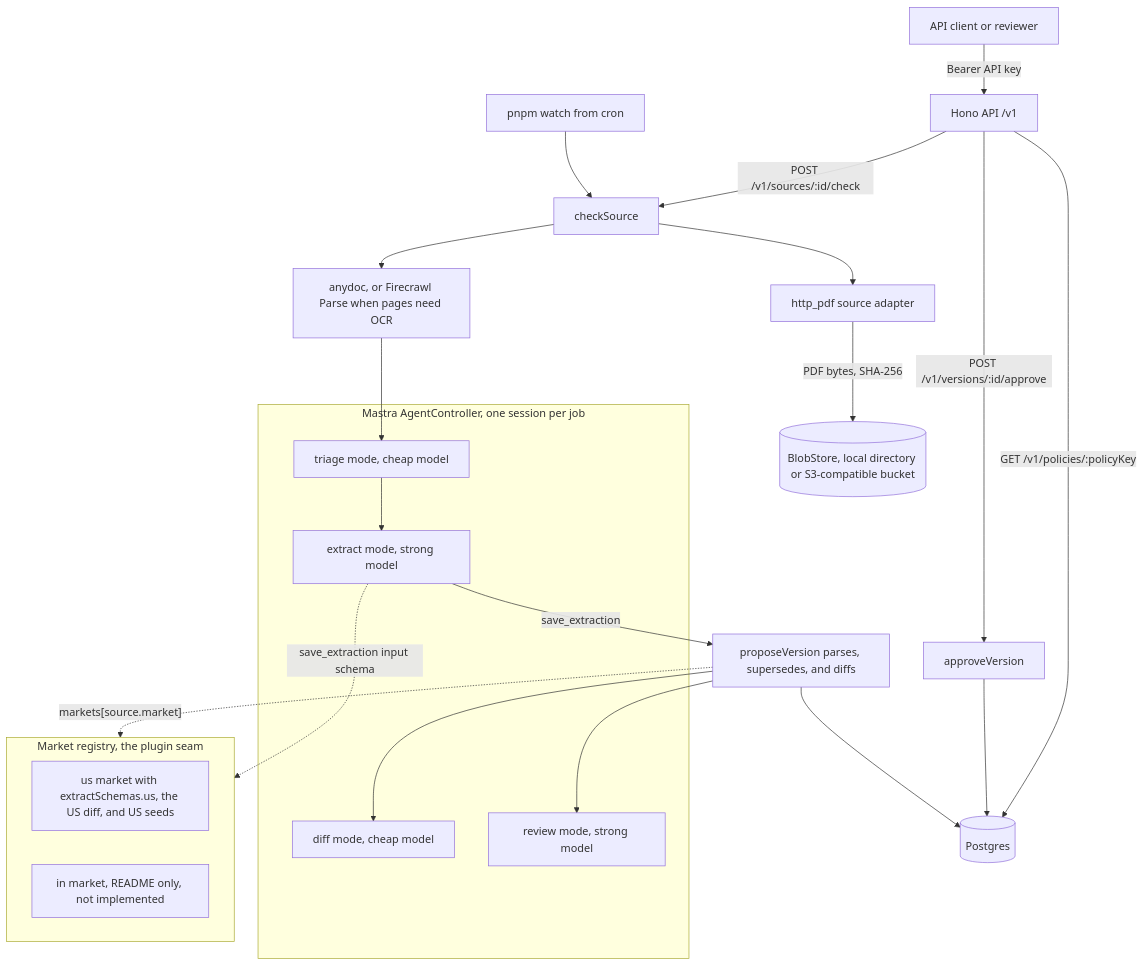
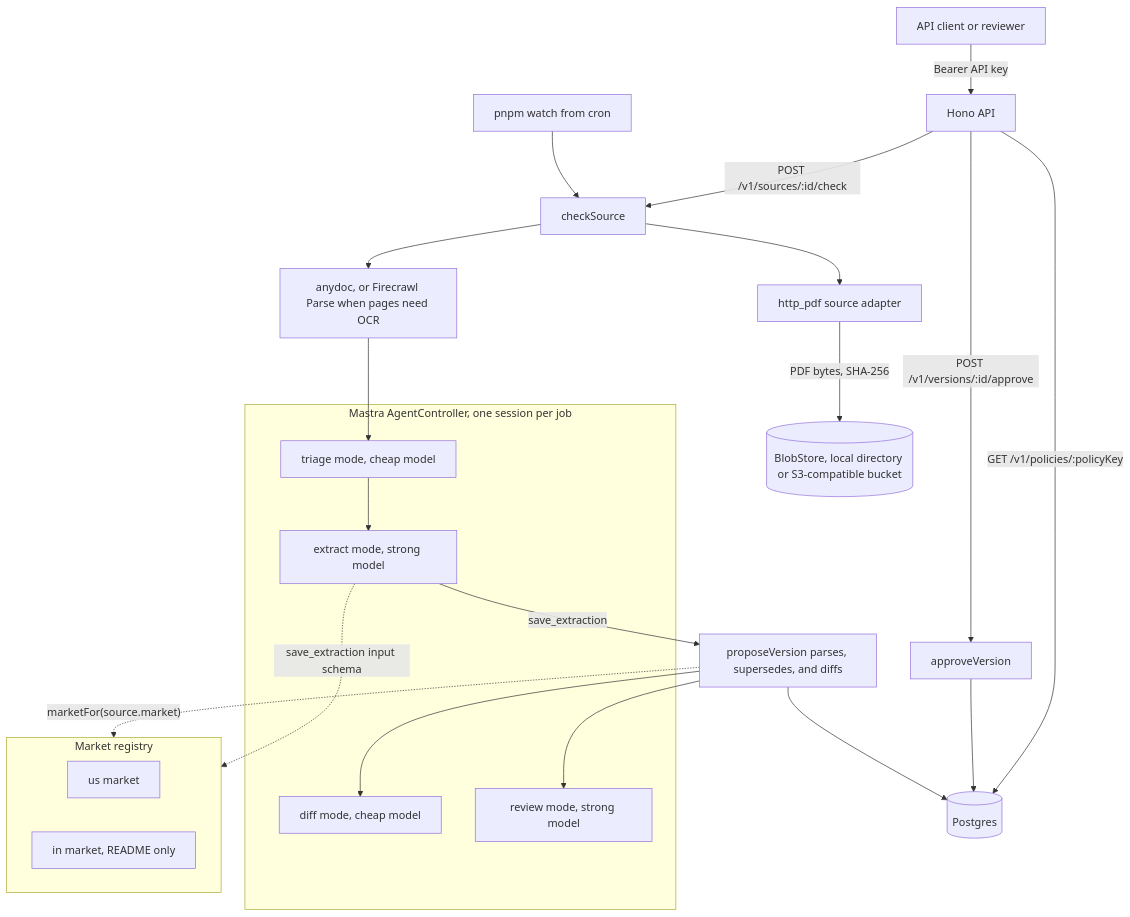
One commit to AmitMirgal/anumat changed the diagram in README.md. Above: the diagram before and after it, drawn with Mermaid. The commit also changed other lines of this file and 180 other files, not shown here.

````diff
--- a/README.md
+++ b/README.md
@@ -59,28 +179,28 @@
 ```mermaid
 flowchart TD
-  client["API client or reviewer"] -->|Bearer API key| api["Hono API /v1"]
+  client["API client or reviewer"] -->|Bearer API key| api["Hono API"]
   cron["pnpm watch from cron"] --> check
   api -->|"POST /v1/sources/:id/check"| check["checkSource"]
   check --> adapter["http_pdf source adapter"]
   adapter -->|"PDF bytes, SHA-256"| blobs[("BlobStore, local directory or S3-compatible bucket")]
   check --> convert["anydoc, or Firecrawl Parse when pages need OCR"]
   convert --> triage
   subgraph agent["Mastra AgentController, one session per job"]
     triage["triage mode, cheap model"] --> extract["extract mode, strong model"]
     diffmode["diff mode, cheap model"]
     reviewmode["review mode, strong model"]
   end
   extract -->|save_extraction| propose["proposeVersion parses, supersedes, and diffs"]
   propose --> db[("Postgres")]
   propose --> diffmode
   propose --> reviewmode
   api -->|"POST /v1/versions/:id/approve"| approve["approveVersion"]
   approve --> db
   api -->|"GET /v1/policies/:policyKey"| db
-  subgraph markets["Market registry, the plugin seam"]
-    us["us market with extractSchemas.us, the US diff, and US seeds"]
-    india["in market, README only, not implemented"]
+  subgraph markets["Market registry"]
+    us["us market"]
+    india["in market, README only"]
   end
-  propose -.->|"markets[source.market]"| markets
+  propose -.->|"marketFor(source.market)"| markets
   extract -.->|"save_extraction input schema"| markets
 ```
````
